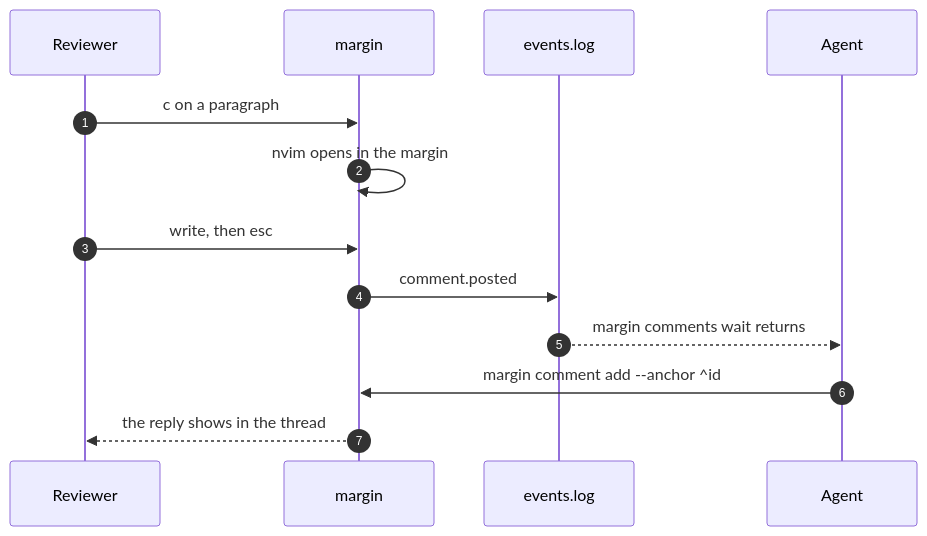
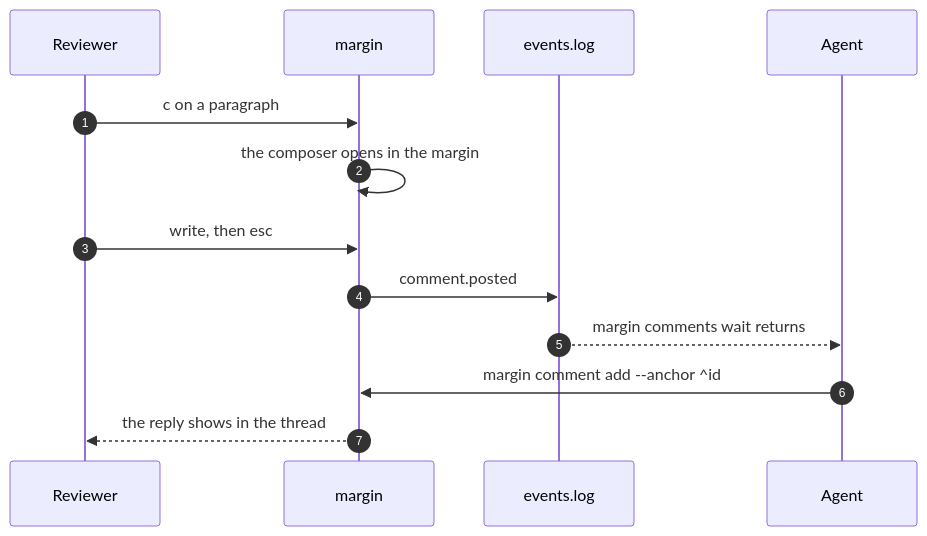
One commit to neuroplastio/margin changed the second of 3 diagrams in testdata/demo/demo.md. Above: the diagram before and after it, drawn with Mermaid. The commit also changed 11 other files, not shown here.

````diff
--- a/testdata/demo/demo.md
+++ b/testdata/demo/demo.md
@@ -30,15 +30,15 @@
 ```mermaid
 sequenceDiagram
     autonumber
     participant R as Reviewer
     participant M as margin
     participant L as events.log
     participant A as Agent
     R->>M: c on a paragraph
-    M->>M: nvim opens in the margin
+    M->>M: the composer opens in the margin
     R->>M: write, then esc
     M->>L: comment.posted
     L-->>A: margin comments wait returns
     A->>M: margin comment add --anchor ^id
     M-->>R: the reply shows in the thread
 ```
````
